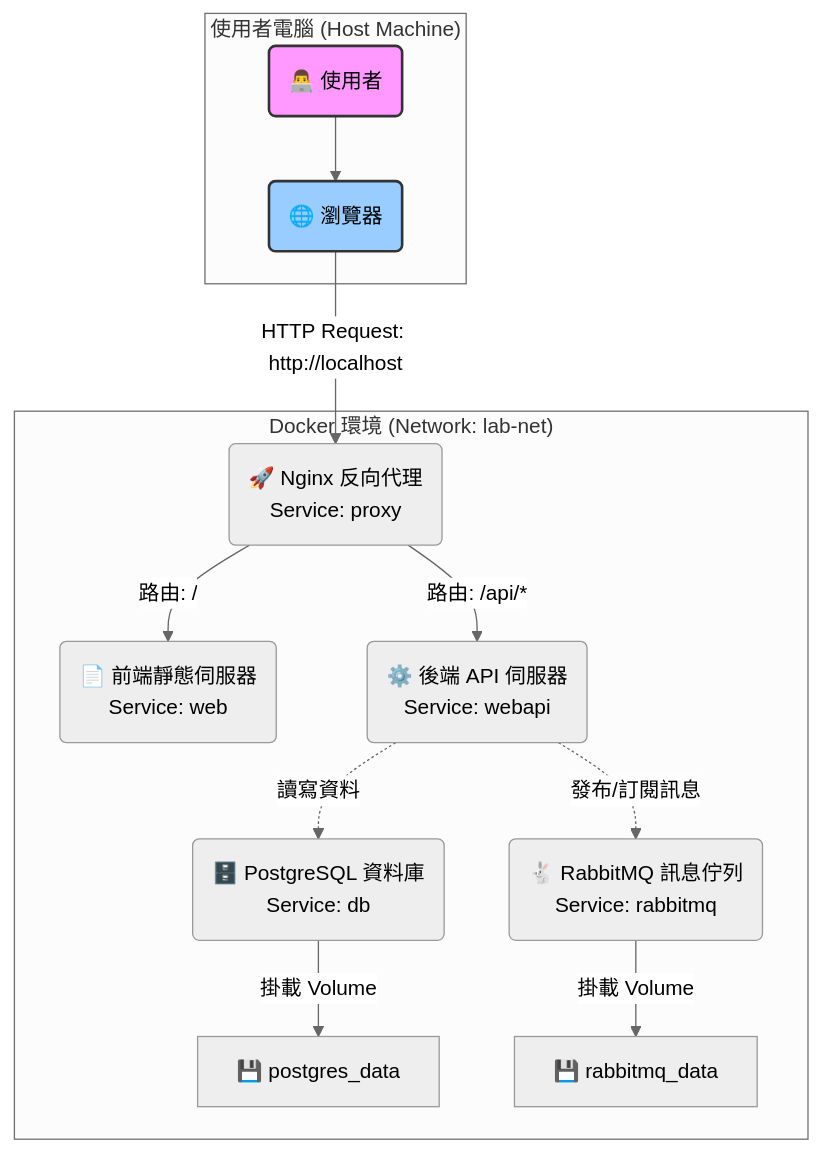
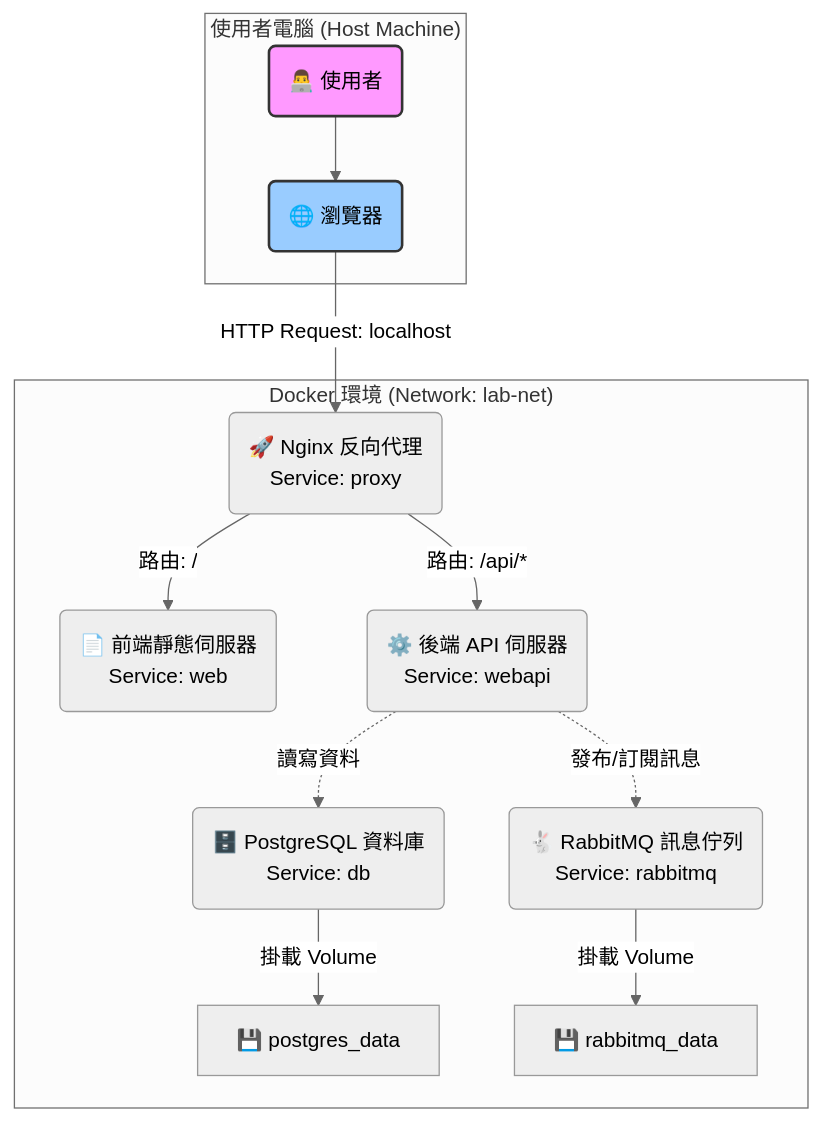
Before and after one commit to nelson1chen/Docker-LAB: the diagram in README.md, drawn with Mermaid (neutral theme).

Commit message:
修改 README.md 中的 HTTP 請求 URL 格式

````diff
--- a/README.md
+++ b/README.md
@@ -39,22 +39,22 @@
 ```mermaid
  graph TD
     subgraph "使用者電腦 (Host Machine)"
         User("👨‍💻 使用者") --> Browser("🌐 瀏覽器")
     end
 
     subgraph "Docker 環境 (Network: lab-net)"
-    Browser -- "HTTP Request: http://localhost" --> Proxy("🚀 Nginx 反向代理<br>Service: proxy")
+    Browser -- "HTTP Request: localhost" --> Proxy("🚀 Nginx 反向代理<br>Service: proxy")
 
         Proxy -- "路由: /" --> Web("📄 前端靜態伺服器<br>Service: web")
         Proxy -- "路由: /api/*" --> WebAPI("⚙️ 後端 API 伺服器<br>Service: webapi")
 
         WebAPI -. "讀寫資料" .-> DB("🗄️ PostgreSQL 資料庫<br>Service: db")
         WebAPI -. "發布/訂閱訊息" .-> RabbitMQ("🐇 RabbitMQ 訊息佇列<br>Service: rabbitmq")
 
         DB -- "掛載 Volume" --> VolDB["💾 postgres_data"]
         RabbitMQ -- "掛載 Volume" --> VolMQ["💾 rabbitmq_data"]
     end
 
     style User fill:#f9f,stroke:#333,stroke-width:2px
     style Browser fill:#9cf,stroke:#333,stroke-width:2px
 ```
````
